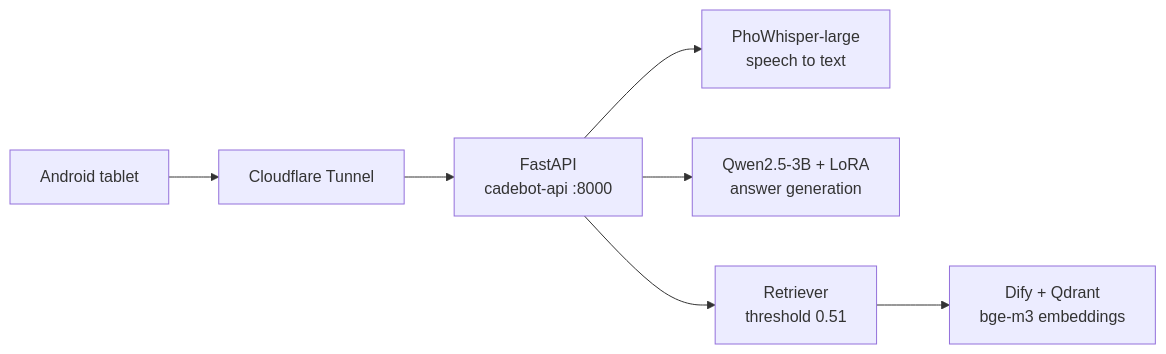
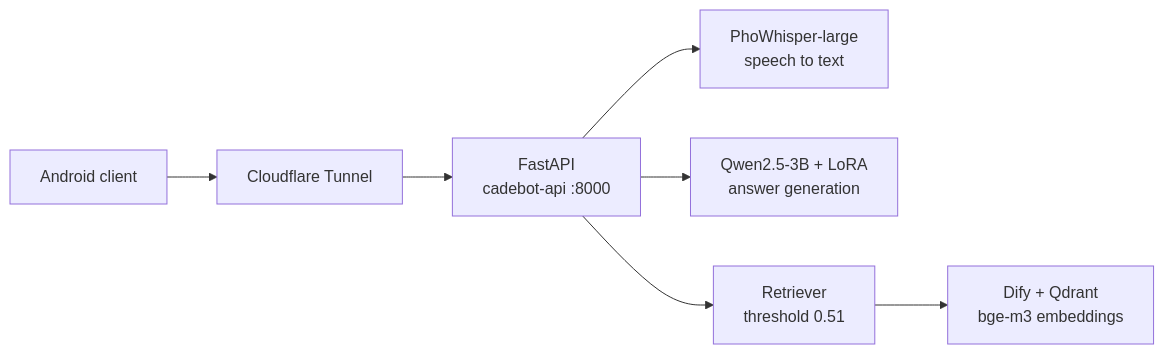
The diagram in README.md (tduybao2005/cruzr-voice-assistant), drawn with Mermaid before and after one commit. The commit also changed other lines of this file and 5 other files, not shown here.

````diff
--- a/README.md
+++ b/README.md
@@ -36,9 +40,9 @@
 ```mermaid
 flowchart LR
-    android["Android tablet"] --> tunnel["Cloudflare Tunnel"]
+    android["Android client"] --> tunnel["Cloudflare Tunnel"]
     tunnel --> api["FastAPI<br/>cadebot-api :8000"]
     api --> stt["PhoWhisper-large<br/>speech to text"]
     api --> llm["Qwen2.5-3B + LoRA<br/>answer generation"]
     api --> retr["Retriever<br/>threshold 0.51"]
     retr --> dify["Dify + Qdrant<br/>bge-m3 embeddings"]
 ```
````
